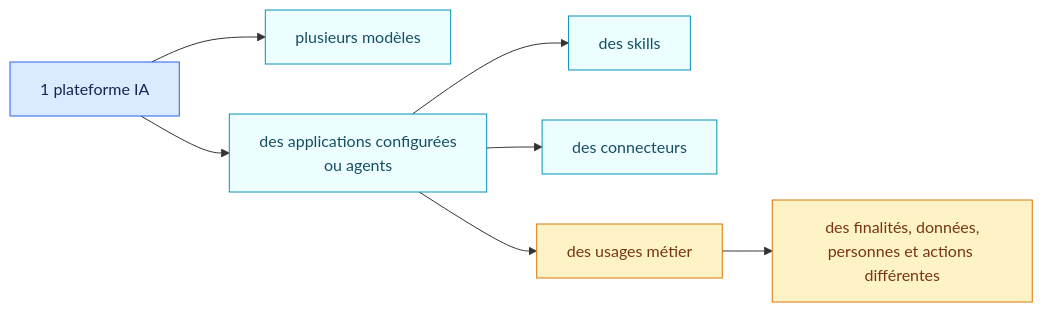
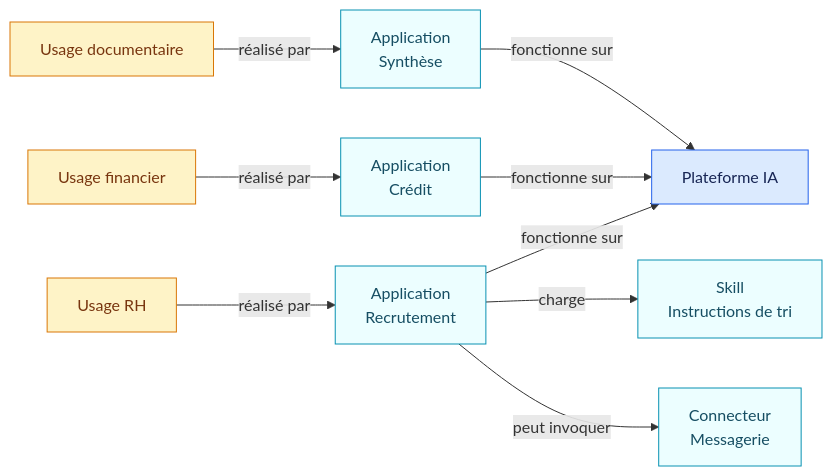
Before and after one commit to NickChaps/Open-AIRS: the first of 3 diagrams in README.fr.md, drawn with Mermaid. The commit also changed other lines of this file and 58 other files, not shown here.

````diff
--- a/README.fr.md
+++ b/README.fr.md
@@ -37,16 +35,18 @@
 ```mermaid
 flowchart LR
-    P["1 plateforme IA"] --> M["plusieurs modèles"]
-    P --> A["des applications configurées<br/>ou agents"]
-    A --> S["des skills"]
-    A --> C["des connecteurs"]
-    A --> U["des usages métier"]
-    U --> X["des finalités, données,<br/>personnes et actions différentes"]
+    U1["Usage documentaire"] -->|"réalisé par"| A1["Application<br/>Synthèse"]
+    U2["Usage financier"] -->|"réalisé par"| A2["Application<br/>Crédit"]
+    U3["Usage RH"] -->|"réalisé par"| A3["Application<br/>Recrutement"]
+    A1 -->|"fonctionne sur"| P["Plateforme IA"]
+    A2 -->|"fonctionne sur"| P
+    A3 -->|"fonctionne sur"| P
+    A3 -->|"charge"| S["Skill<br/>Instructions de tri"]
+    A3 -->|"peut invoquer"| C["Connecteur<br/>Messagerie"]
 
     classDef platform fill:#dbeafe,stroke:#2563eb,color:#172554
-    classDef component fill:#ecfeff,stroke:#0891b2,color:#164e63
+    classDef app fill:#ecfeff,stroke:#0891b2,color:#164e63
     classDef use fill:#fef3c7,stroke:#d97706,color:#78350f
     class P platform
-    class M,A,S,C component
-    class U,X use
+    class A1,A2,A3,S,C app
+    class U1,U2,U3 use
 ```
````
